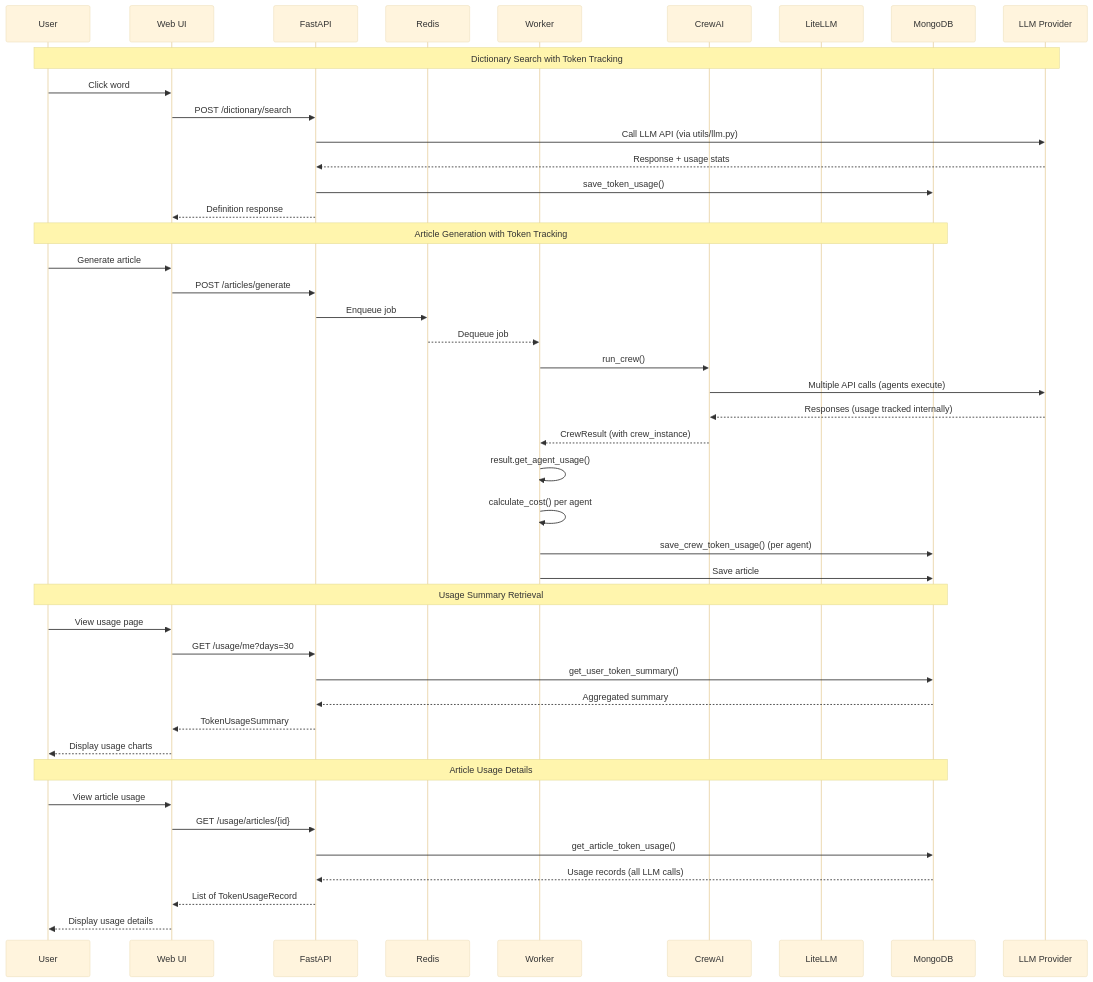
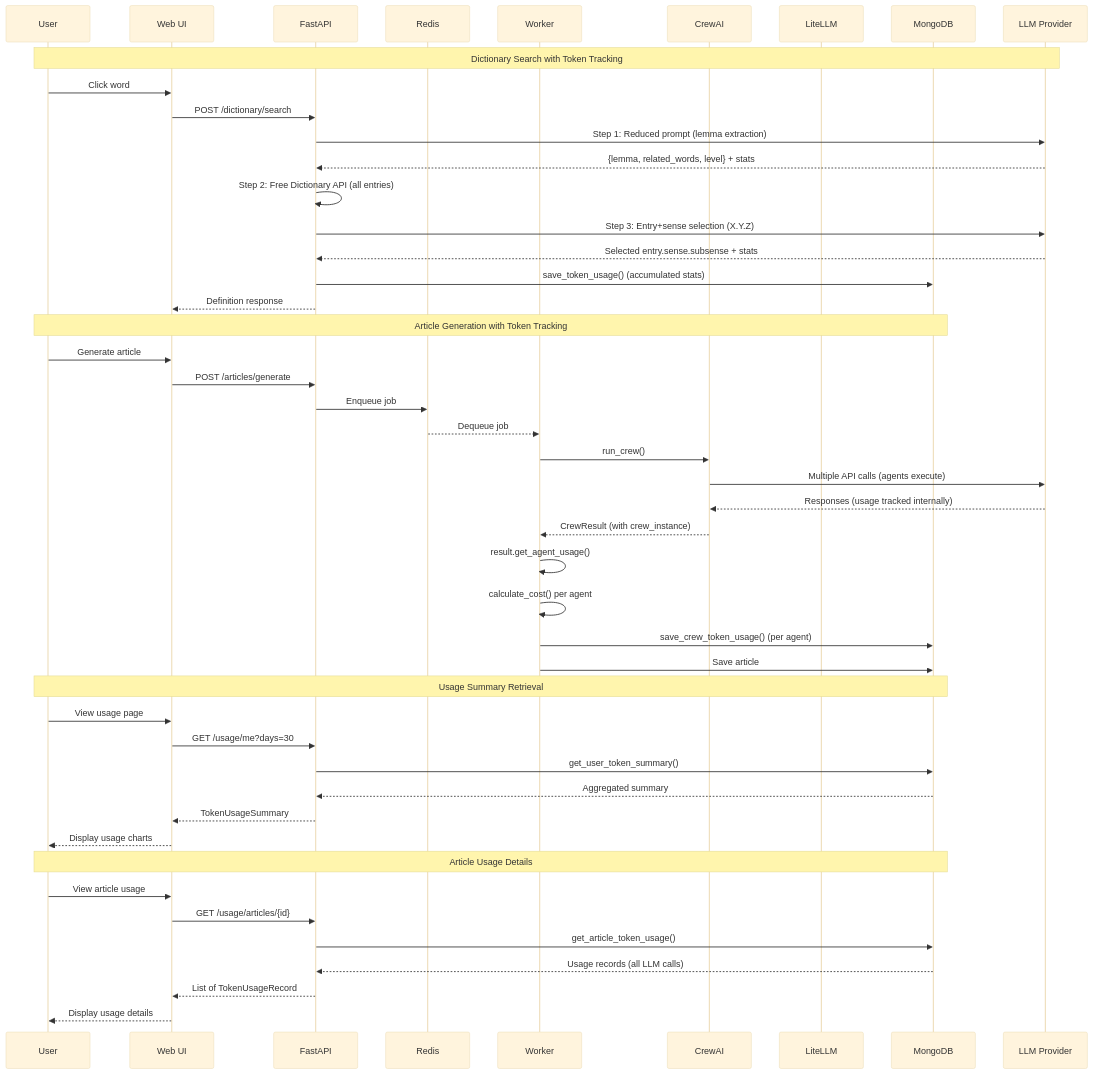
Before and after one commit to seung-gu/opad: the third of 6 diagrams in docs/ARCHITECTURE.md, drawn with Mermaid (base theme). The commit also changed other lines of this file and 14 other files, not shown here.

First line of the commit message:
fix: Refactor DictionaryAPIResult and related functions for improved clarity and functionality

````diff
--- a/docs/ARCHITECTURE.md
+++ b/docs/ARCHITECTURE.md
@@ -431,50 +429,53 @@
 ```mermaid
 sequenceDiagram
     participant User
     participant WebUI as Web UI
     participant API as FastAPI
     participant Redis
     participant Worker
     participant CrewAI
     participant LiteLLM
     participant MongoDB
     participant LLM as LLM Provider
 
     Note over User,LLM: Dictionary Search with Token Tracking
     User->>WebUI: Click word
     WebUI->>API: POST /dictionary/search
-    API->>LLM: Call LLM API (via utils/llm.py)
-    LLM-->>API: Response + usage stats
-    API->>MongoDB: save_token_usage()
+    API->>LLM: Step 1: Reduced prompt (lemma extraction)
+    LLM-->>API: {lemma, related_words, level} + stats
+    API->>API: Step 2: Free Dictionary API (all entries)
+    API->>LLM: Step 3: Entry+sense selection (X.Y.Z)
+    LLM-->>API: Selected entry.sense.subsense + stats
+    API->>MongoDB: save_token_usage() (accumulated stats)
     API-->>WebUI: Definition response
 
     Note over User,MongoDB: Article Generation with Token Tracking
     User->>WebUI: Generate article
     WebUI->>API: POST /articles/generate
     API->>Redis: Enqueue job
     Redis-->>Worker: Dequeue job
     Worker->>CrewAI: run_crew()
     CrewAI->>LLM: Multiple API calls (agents execute)
     LLM-->>CrewAI: Responses (usage tracked internally)
     CrewAI-->>Worker: CrewResult (with crew_instance)
     Worker->>Worker: result.get_agent_usage()
     Worker->>Worker: calculate_cost() per agent
     Worker->>MongoDB: save_crew_token_usage() (per agent)
     Worker->>MongoDB: Save article
 
     Note over User,MongoDB: Usage Summary Retrieval
     User->>WebUI: View usage page
     WebUI->>API: GET /usage/me?days=30
     API->>MongoDB: get_user_token_summary()
     MongoDB-->>API: Aggregated summary
     API-->>WebUI: TokenUsageSummary
     WebUI-->>User: Display usage charts
 
     Note over User,MongoDB: Article Usage Details
     User->>WebUI: View article usage
     WebUI->>API: GET /usage/articles/{id}
     API->>MongoDB: get_article_token_usage()
     MongoDB-->>API: Usage records (all LLM calls)
     API-->>WebUI: List of TokenUsageRecord
     WebUI-->>User: Display usage details
 ```
````
